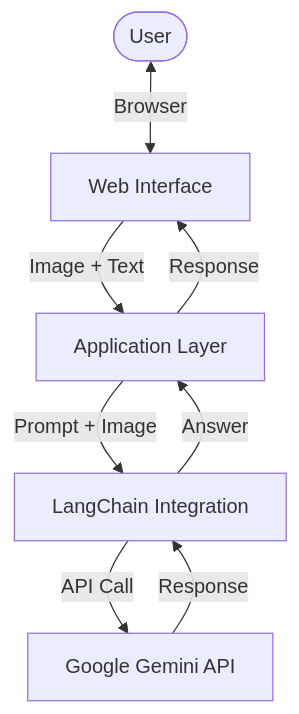
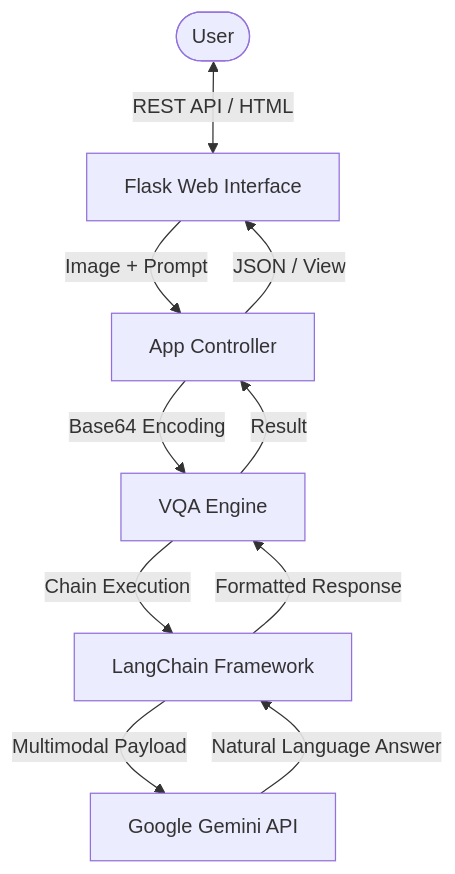
One commit to Nikhil383/Visual_Question_Answer changed the diagram in README.md. Above: the diagram before and after it, drawn with Mermaid. The commit also changed other lines of this file, not shown here.

````diff
--- a/README.md
+++ b/README.md
@@ -12,10 +34,12 @@
 ```mermaid
 graph TD
-    User([User]) <-->|Browser| UI[Web Interface]
-    UI -->|Image + Text| App[Application Layer]
-    App -->|Prompt + Image| LangChain[LangChain Integration]
-    LangChain -->|API Call| Gemini[Google Gemini API]
-    Gemini -->|Response| LangChain
-    LangChain -->|Answer| App
-    App -->|Response| UI
+    User([User]) <-->|REST API / HTML| UI[Flask Web Interface]
+    UI -->|Image + Prompt| App[App Controller]
+    App -->|Base64 Encoding| Engine[VQA Engine]
+    Engine -->|Chain Execution| LangChain[LangChain Framework]
+    LangChain -->|Multimodal Payload| Gemini[Google Gemini API]
+    Gemini -->|Natural Language Answer| LangChain
+    LangChain -->|Formatted Response| Engine
+    Engine -->|Result| App
+    App -->|JSON / View| UI
 ```
````
